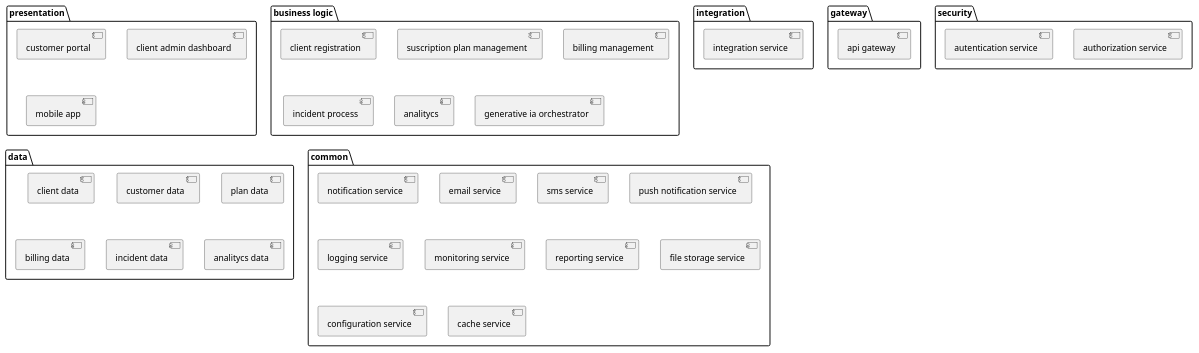
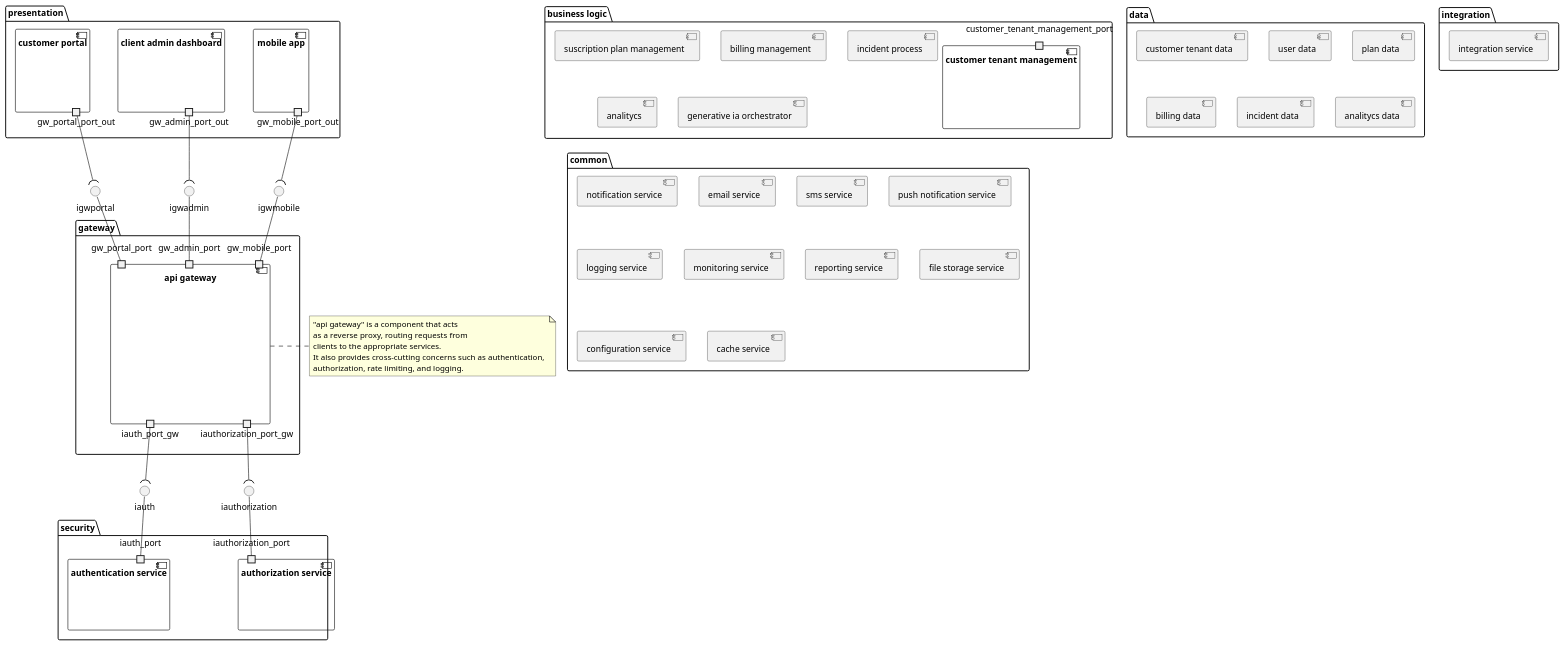
One commit to MISO-Proyecto-Final/Entregas-Proyecto-Final-G2 changed the diagram in diagramas-arquitectura/component-connector.puml. Above: the diagram before and after it, drawn with PlantUML.

Commit message:
Configuracion hasta relacion del ApiGateway

```diff
--- a/diagramas-arquitectura/component-connector.puml
+++ b/diagramas-arquitectura/component-connector.puml
@@ -1,52 +1,100 @@
 @startuml
 package "presentation" {
-    component "customer portal"
-    component "client admin dashboard"
-    component "mobile app"
+    component "customer portal"{
+        portout gw_portal_port_out
+    }
+    component "client admin dashboard"{
+        portout gw_admin_port_out
+    }
+    component "mobile app"{
+        portout gw_mobile_port_out
+    }
 }
+
+
+
+
 
 package "integration" {
     component "integration service"
 }
 
 package gateway {
-    component "api gateway"
+    component "api gateway" {
+        portin gw_portal_port
+        portin gw_admin_port
+        portin gw_mobile_port
+        portout iauth_port_gw
+        portout iauthorization_port_gw
+    }
+
 }
+interface igwportal
+interface igwadmin
+interface igwmobile
+
+gw_portal_port -up- igwportal
+gw_admin_port -up- igwadmin
+gw_mobile_port -up- igwmobile
+
+gw_portal_port_out -down-( igwportal
+gw_admin_port_out -down-( igwadmin
+gw_mobile_port_out -down-( igwmobile
+note right of "api gateway" 
+    "api gateway" is a component that acts 
+    as a reverse proxy, routing requests from 
+    clients to the appropriate services. 
+    It also provides cross-cutting concerns such as authentication, 
+    authorization, rate limiting, and logging.
+end note
 
 package security {
-    component "authorization service"
-    component "autentication service"
+    component "authorization service"{
+        port iauthorization_port
+    }
+    component "authentication service"{
+        port iauth_port
+    }
 }
+interface iauth
+iauth_port -up- iauth
+iauth_port_gw -down-( iauth
 
+interface iauthorization
+iauthorization_port -up- iauthorization
+iauthorization_port_gw -down-( iauthorization
 package "business logic" {
-    component "client registration"
+    component "customer tenant management"{
+        portin customer_tenant_management_port
+
+    }
     component "suscription plan management"
     component "billing management"
     component "incident process"
     component analitycs
     component "generative ia orchestrator"
 }
 
 package data {
-    component "client data"
-    component "customer data"
+    component "customer tenant data"
+    component "user data"
     component "plan data"
     component "billing data"
     component "incident data"
     component "analitycs data"
 }
 
 package common {
     component "notification service"
     component "email service"
     component "sms service"
     component "push notification service"
     component "logging service"
     component "monitoring service"
     component "reporting service"
     component "file storage service"
     component "configuration service"
     component "cache service"
 }
 
 @enduml
```
